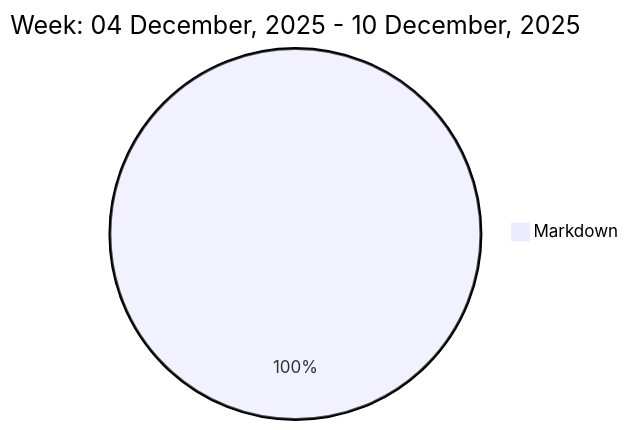
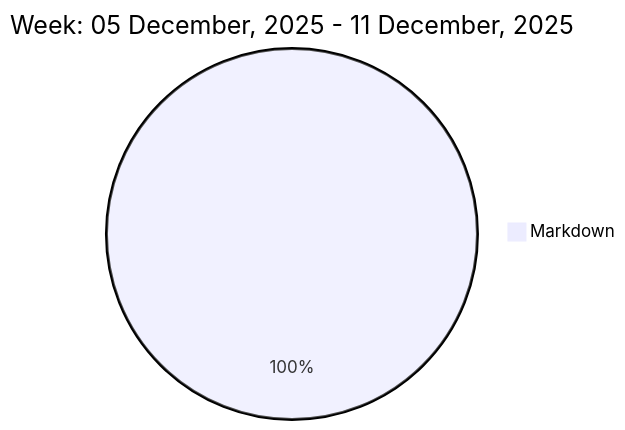
The diagram in README.md (liubin95/liubin95), drawn with Mermaid before and after one commit.

Commit message:
Updated the Graph with new Metrics

````diff
--- a/README.md
+++ b/README.md
@@ -37,5 +37,5 @@
 ```mermaid
  pie
-title Week: 04 December, 2025 - 10 December, 2025
+title Week: 05 December, 2025 - 11 December, 2025
  "Markdown" : 1.35
 ```
````
